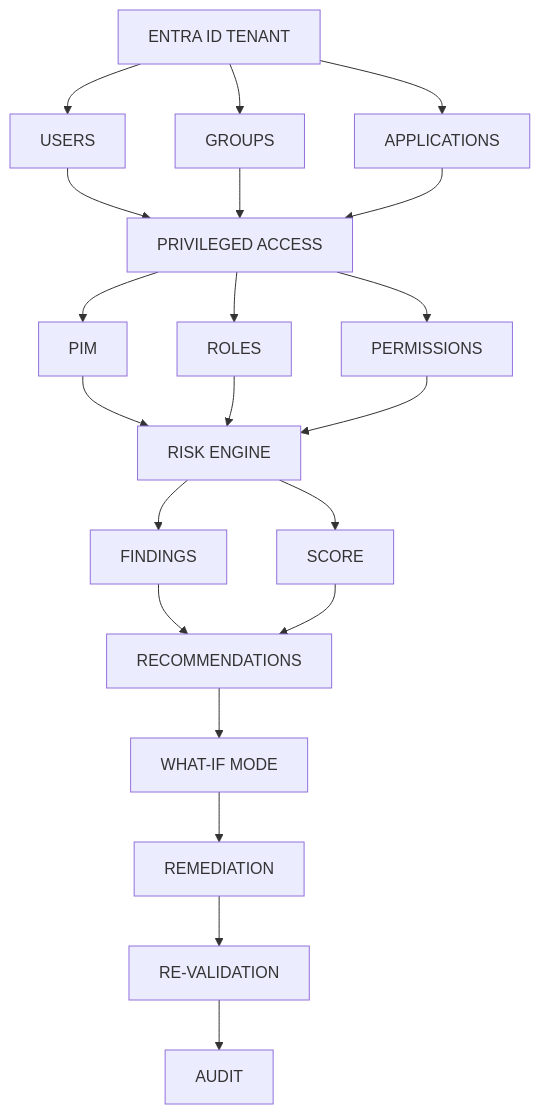
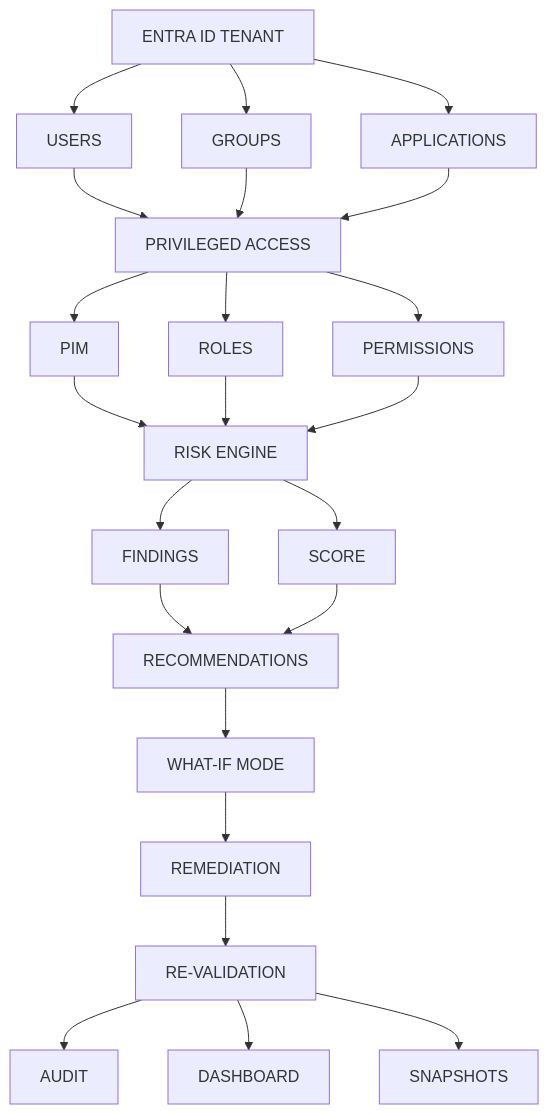
Before and after one commit to habibnp01-prog/Entra-ID-Privileged-Access-Risk-Assessment-Toolkit: the diagram in README.md, drawn with Mermaid. The commit also changed other lines of this file, not shown here.

````diff
--- a/README.md
+++ b/README.md
@@ -25,29 +27,31 @@
 ```mermaid
 graph TD
     Tenant[ENTRA ID TENANT] --> Users[USERS]
     Tenant --> Groups[GROUPS]
     Tenant --> Apps[APPLICATIONS]
 
     Users --> PrivAccess[PRIVILEGED ACCESS]
     Groups --> PrivAccess
     Apps --> PrivAccess
 
     PrivAccess --> PIM[PIM]
     PrivAccess --> Roles[ROLES]
     PrivAccess --> Perms[PERMISSIONS]
 
     PIM --> RiskEngine[RISK ENGINE]
     Roles --> RiskEngine
     Perms --> RiskEngine
 
     RiskEngine --> Findings[FINDINGS]
     RiskEngine --> Score[SCORE]
 
     Findings --> Recs[RECOMMENDATIONS]
     Score --> Recs
 
     Recs --> WhatIf[WHAT-IF MODE]
     WhatIf --> Remediation[REMEDIATION]
     Remediation --> ReValidation[RE-VALIDATION]
     ReValidation --> Audit[AUDIT]
+    ReValidation --> Dashboard[DASHBOARD]
+    ReValidation --> Snapshots[SNAPSHOTS]
 ```
````
